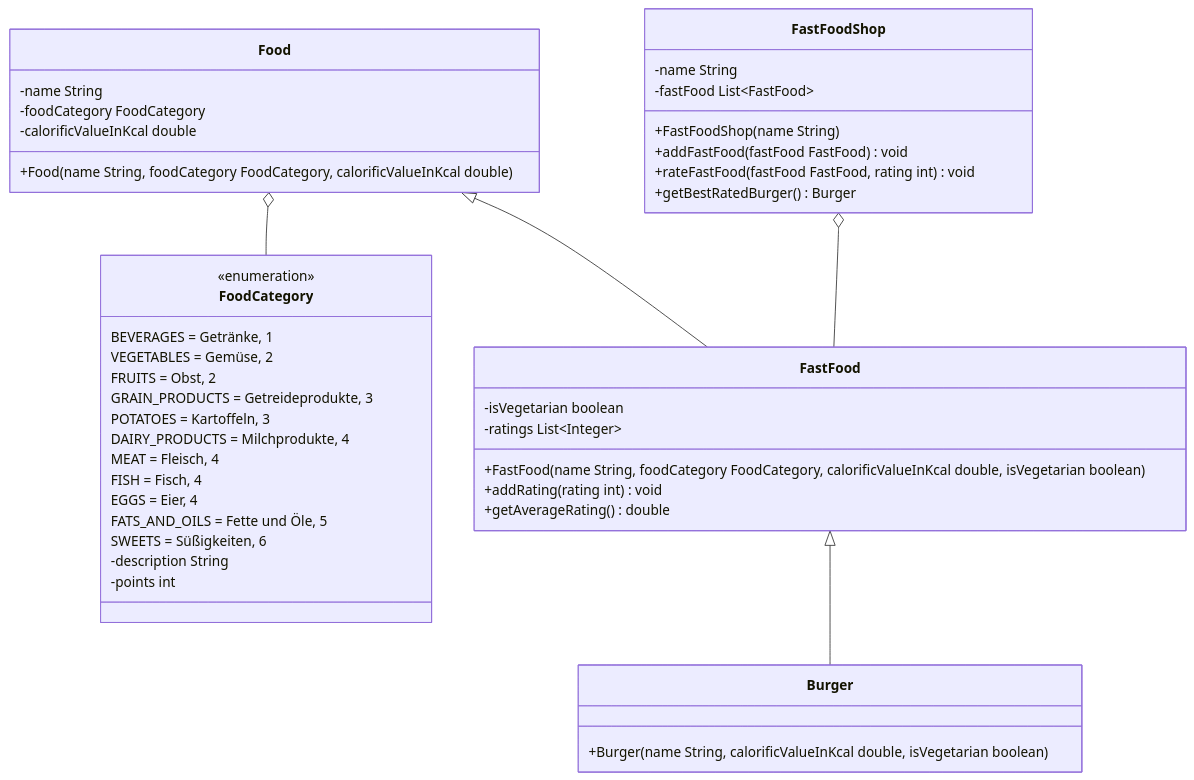
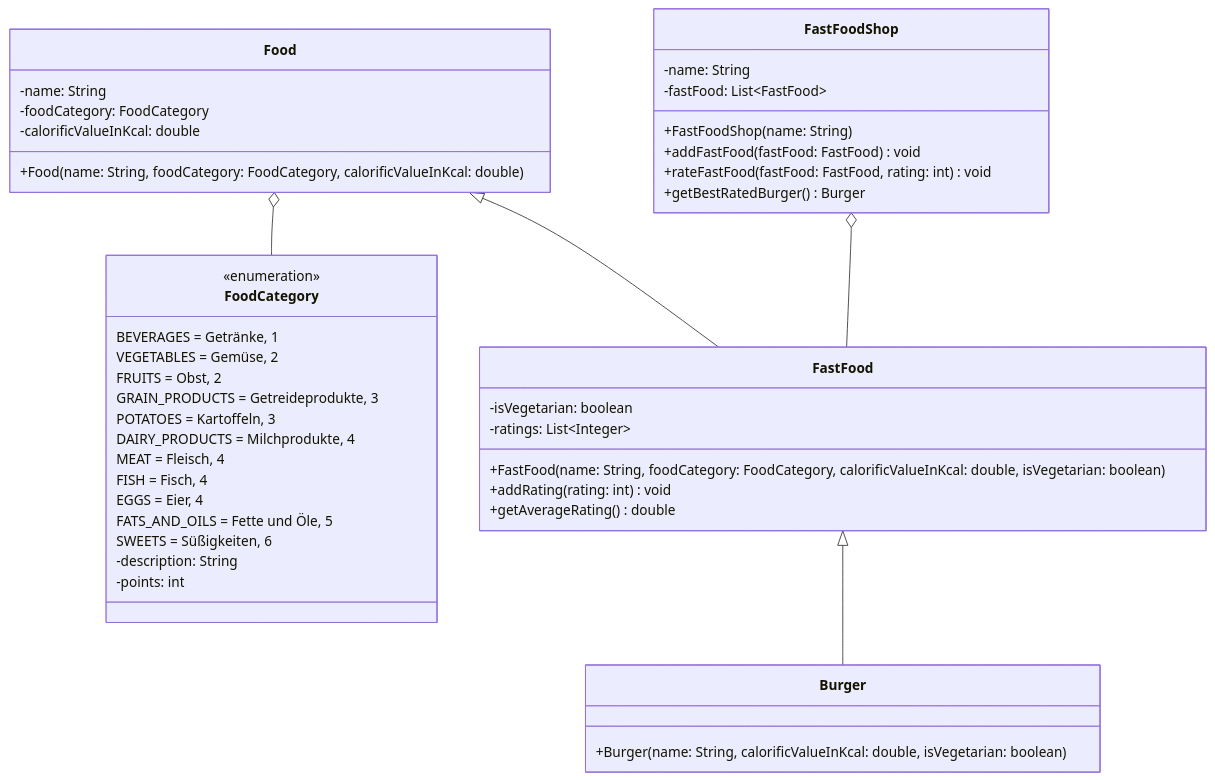
Before and after one commit to jappuccini/java-docs: the diagram in docs/exam-exercises/exam-exercises-java1/fast-food.md, drawn with Mermaid. The commit also changed other lines of this file and 76 other files, not shown here.

Commit message:
uml fixes (colons, properties), headline fixes (italic) and exam result updates

````diff
--- a/docs/exam-exercises/exam-exercises-java1/fast-food.md
+++ b/docs/exam-exercises/exam-exercises-java1/fast-food.md
@@ -12,52 +12,52 @@
 ```mermaid
 classDiagram
     Food o-- FoodCategory
     Food <|-- FastFood
     FastFood <|-- Burger
     FastFoodShop o-- FastFood
 
     class FoodCategory {
         <<enumeration>>
         BEVERAGES = Getränke, 1
         VEGETABLES = Gemüse, 2
         FRUITS = Obst, 2
         GRAIN_PRODUCTS = Getreideprodukte, 3
         POTATOES = Kartoffeln, 3
         DAIRY_PRODUCTS = Milchprodukte, 4
         MEAT = Fleisch, 4
         FISH = Fisch, 4
         EGGS = Eier, 4
         FATS_AND_OILS = Fette und Öle, 5
         SWEETS = Süßigkeiten, 6
-        -description String
-        -points int
+        -description: String
+        -points: int
     }
 
     class Food {
-        -name String
-        -foodCategory FoodCategory
-        -calorificValueInKcal double
-        +Food(name String, foodCategory FoodCategory, calorificValueInKcal double)
+        -name: String
+        -foodCategory: FoodCategory
+        -calorificValueInKcal: double
+        +Food(name: String, foodCategory: FoodCategory, calorificValueInKcal: double)
     }
 
     class FastFood {
-        -isVegetarian boolean
-        -ratings List~Integer~
-        +FastFood(name String, foodCategory FoodCategory, calorificValueInKcal double, isVegetarian boolean)
-        +addRating(rating int) void
+        -isVegetarian: boolean
+        -ratings: List~Integer~
+        +FastFood(name: String, foodCategory: FoodCategory, calorificValueInKcal: double, isVegetarian: boolean)
+        +addRating(rating: int) void
         +getAverageRating() double
     }
 
     class Burger {
-        +Burger(name String, calorificValueInKcal double, isVegetarian boolean)
+        +Burger(name: String, calorificValueInKcal: double, isVegetarian: boolean)
     }
 
     class FastFoodShop {
-        -name String
-        -fastFood List~FastFood~
-        +FastFoodShop(name String)
-        +addFastFood(fastFood FastFood) void
-        +rateFastFood(fastFood FastFood, rating int) void
+        -name: String
+        -fastFood: List~FastFood~
+        +FastFoodShop(name: String)
+        +addFastFood(fastFood: FastFood) void
+        +rateFastFood(fastFood: FastFood, rating: int) void
         +getBestRatedBurger() Burger
     }
 ```
````
